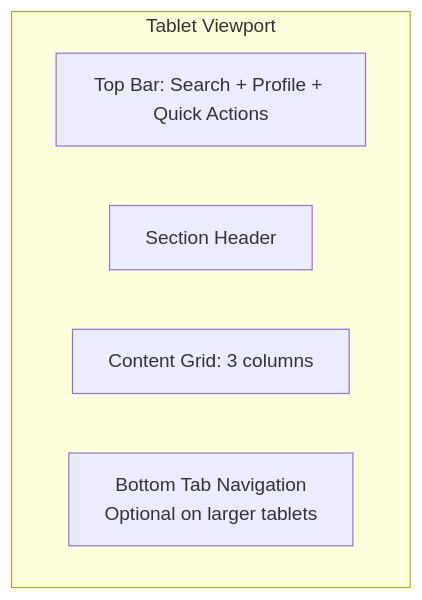
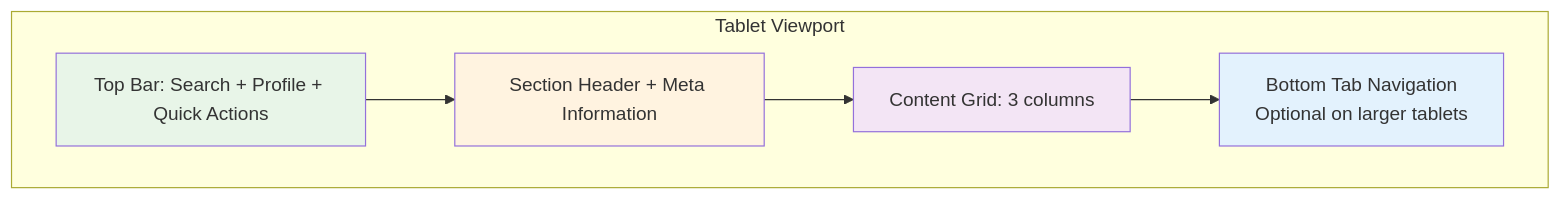
One commit to Justy6674/DSWebsite_next.js changed the tenth of 31 diagrams in docs/patient-portal-mobile-first-redesign-prd.md. Above: the diagram before and after it, drawn with Mermaid. The commit also changed other lines of this file, not shown here.

First line of the commit message:
fix: Complete Patient Portal PRD with comprehensive mermaid diagrams

````diff
--- a/docs/patient-portal-mobile-first-redesign-prd.md
+++ b/docs/patient-portal-mobile-first-redesign-prd.md
@@ -294,9 +294,18 @@
 ```mermaid
 graph TD
     subgraph "Tablet Viewport"
         A[Top Bar: Search + Profile + Quick Actions]
-        B[Section Header]
+        B[Section Header + Meta Information]
         C[Content Grid: 3 columns]
         D[Bottom Tab Navigation<br/>Optional on larger tablets]
     end
+
+    A --> B
+    B --> C
+    C --> D
+
+    style A fill:#e8f5e8
+    style B fill:#fff3e0
+    style C fill:#f3e5f5
+    style D fill:#e3f2fd
 ```
````
